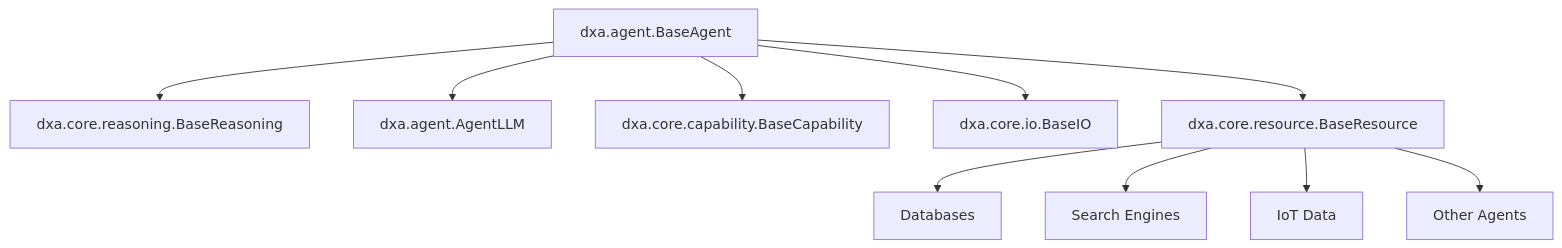
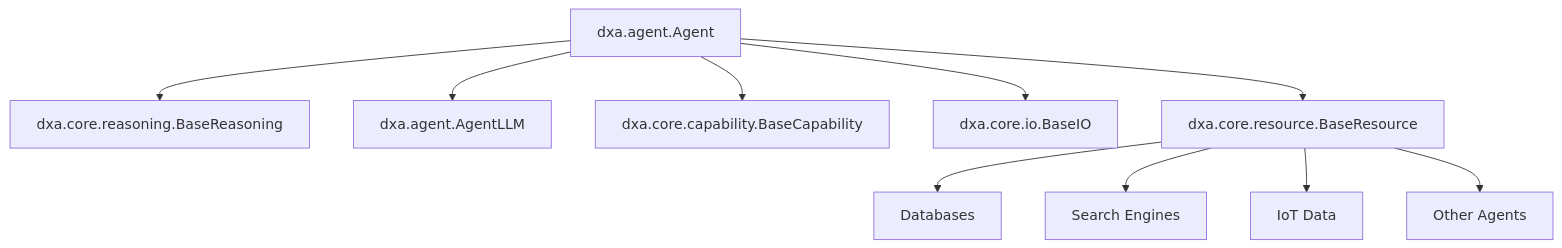
The diagram in dxa/README.md (aitomatic/dana), drawn with Mermaid before and after one commit. The commit also changed other lines of this file and 36 other files, not shown here.

Commit message:
Refactored and redesign Agent Planning & Reasoning.

````diff
--- a/dxa/README.md
+++ b/dxa/README.md
@@ -22,13 +22,13 @@
 ```mermaid
 graph TD
-    A[dxa.agent.BaseAgent] --> B[dxa.core.reasoning.BaseReasoning]
+    A[dxa.agent.Agent] --> B[dxa.core.reasoning.BaseReasoning]
     A --> C[dxa.agent.AgentLLM]
     A --> D[dxa.core.capability.BaseCapability]
     A --> E[dxa.core.io.BaseIO]
     A --> F[dxa.core.resource.BaseResource]
     
     F --> G[Databases]
     F --> H[Search Engines]
     F --> I[IoT Data]
     F --> J[Other Agents]
 ```
````
